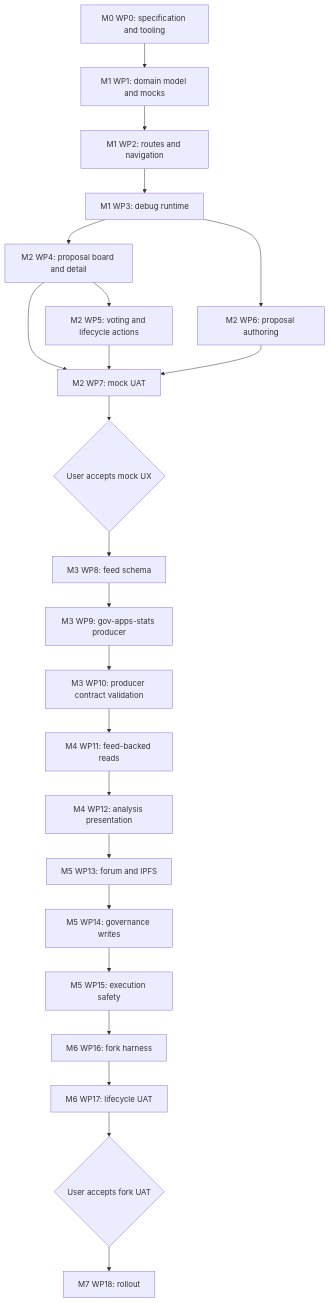
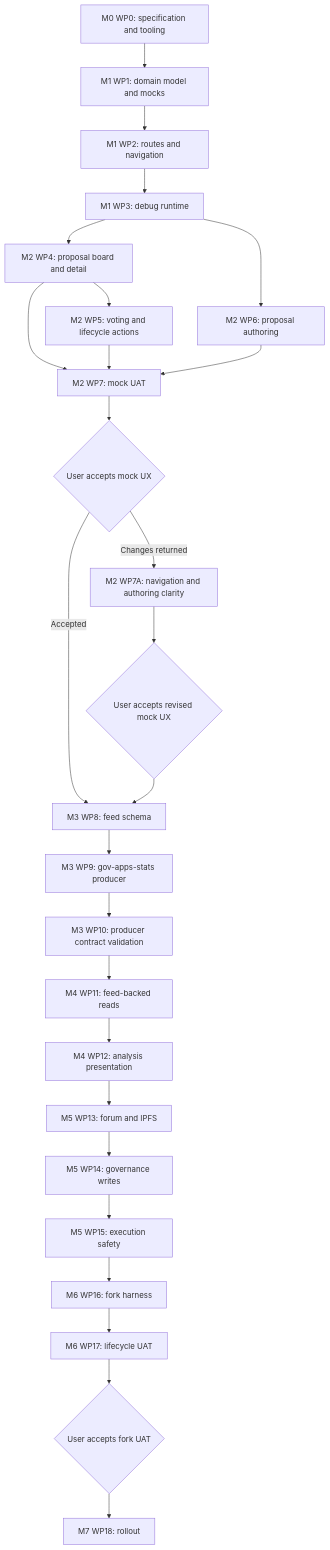
One commit to yearn/governance-apps changed the diagram in docs/apps/dao/delivery/dependency-graph.md. Above: the diagram before and after it, drawn with Mermaid. The commit also changed 2 other files, not shown here.

Commit message:
docs(dao): define M2 WP7A follow-up scope
- Record the returned mock-UX navigation, authoring, and deterministic RPC requirements.\n- Add WP7A to the package index and human-gate dependency graph.\n- Preserve the explicit boundary against M3, backend, IPFS, onchain, and rollout work.

````diff
--- a/docs/apps/dao/delivery/dependency-graph.md
+++ b/docs/apps/dao/delivery/dependency-graph.md
@@ -3,25 +3,28 @@
 ```mermaid
 flowchart TD
   WP0["M0 WP0: specification and tooling"] --> WP1["M1 WP1: domain model and mocks"]
   WP1 --> WP2["M1 WP2: routes and navigation"]
   WP2 --> WP3["M1 WP3: debug runtime"]
   WP3 --> WP4["M2 WP4: proposal board and detail"]
   WP3 --> WP6["M2 WP6: proposal authoring"]
   WP4 --> WP5["M2 WP5: voting and lifecycle actions"]
   WP4 --> WP7["M2 WP7: mock UAT"]
   WP5 --> WP7
   WP6 --> WP7
-  WP7 --> GateM2{"User accepts mock UX"}
-  GateM2 --> WP8["M3 WP8: feed schema"]
+  WP7 --> GateM2Initial{"User accepts mock UX"}
+  GateM2Initial -->|"Changes returned"| WP7A["M2 WP7A: navigation and authoring clarity"]
+  WP7A --> GateM2{"User accepts revised mock UX"}
+  GateM2Initial -->|"Accepted"| WP8["M3 WP8: feed schema"]
+  GateM2 --> WP8
   WP8 --> WP9["M3 WP9: gov-apps-stats producer"]
   WP9 --> WP10["M3 WP10: producer contract validation"]
   WP10 --> WP11["M4 WP11: feed-backed reads"]
   WP11 --> WP12["M4 WP12: analysis presentation"]
   WP12 --> WP13["M5 WP13: forum and IPFS"]
   WP13 --> WP14["M5 WP14: governance writes"]
   WP14 --> WP15["M5 WP15: execution safety"]
   WP15 --> WP16["M6 WP16: fork harness"]
   WP16 --> WP17["M6 WP17: lifecycle UAT"]
   WP17 --> GateM6{"User accepts fork UAT"}
   GateM6 --> WP18["M7 WP18: rollout"]
 ```
````
